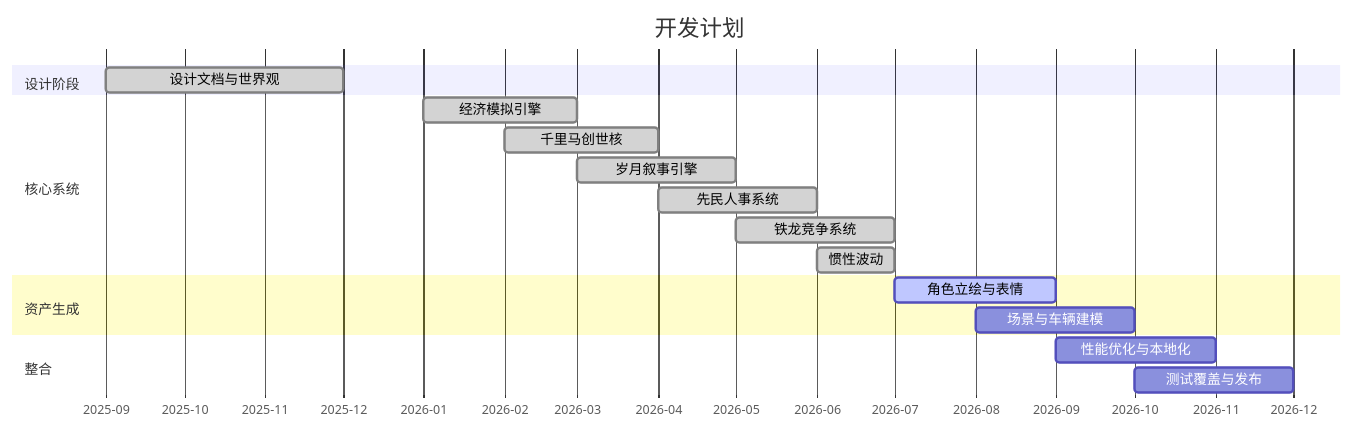
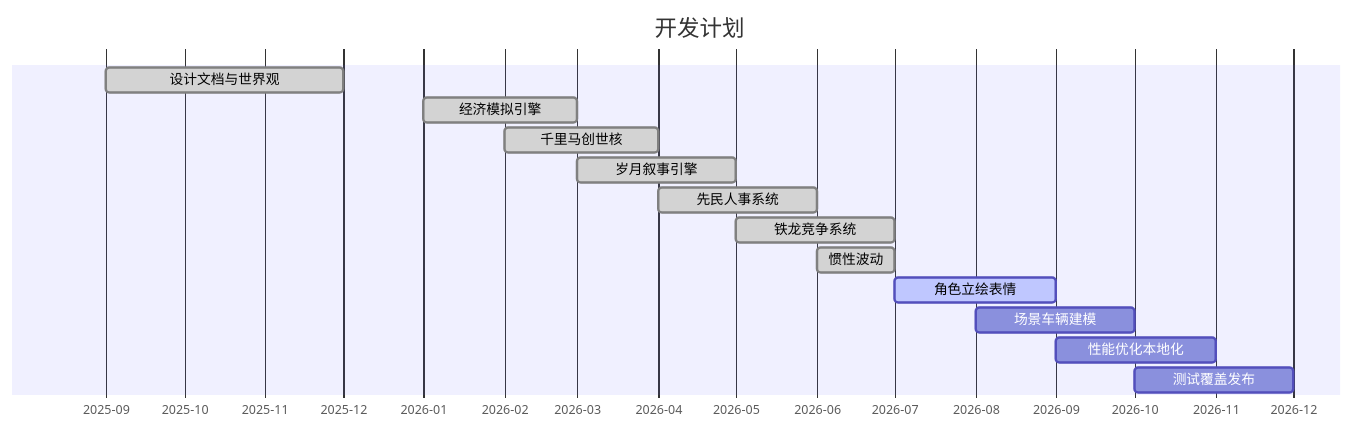
The seventh of 8 diagrams in README.zh-CN.md (NMDX0721/RailwayRenaissance), drawn with Mermaid before and after one commit. The commit also changed 1 other file, not shown here.

Commit message:
docs: remove gantt section breaks and & symbols to fix bar alignment - continuous task list

````diff
--- a/README.zh-CN.md
+++ b/README.zh-CN.md
@@ -628,21 +628,17 @@
 ```mermaid
 gantt
     title 开发计划
     dateFormat  YYYY-MM
     axisFormat  %Y-%m
-    section 设计阶段
     设计文档与世界观       :done, 2025-09, 2025-12
-    section 核心系统
     经济模拟引擎           :done, 2026-01, 2026-03
     千里马创世核           :done, 2026-02, 2026-04
     岁月叙事引擎           :done, 2026-03, 2026-05
     先民人事系统           :done, 2026-04, 2026-06
     铁龙竞争系统           :done, 2026-05, 2026-07
-    惯性波动             :done, 2026-06, 2026-07
-    section 资产生成
-    角色立绘与表情         :active, 2026-07, 2026-09
-    场景与车辆建模         :2026-08, 2026-10
-    section 整合
-    性能优化与本地化       :2026-09, 2026-11
-    测试覆盖与发布         :2026-10, 2026-12
+    惯性波动               :done, 2026-06, 2026-07
+    角色立绘表情           :active, 2026-07, 2026-09
+    场景车辆建模           :2026-08, 2026-10
+    性能优化本地化         :2026-09, 2026-11
+    测试覆盖发布           :2026-10, 2026-12
 ```
````
